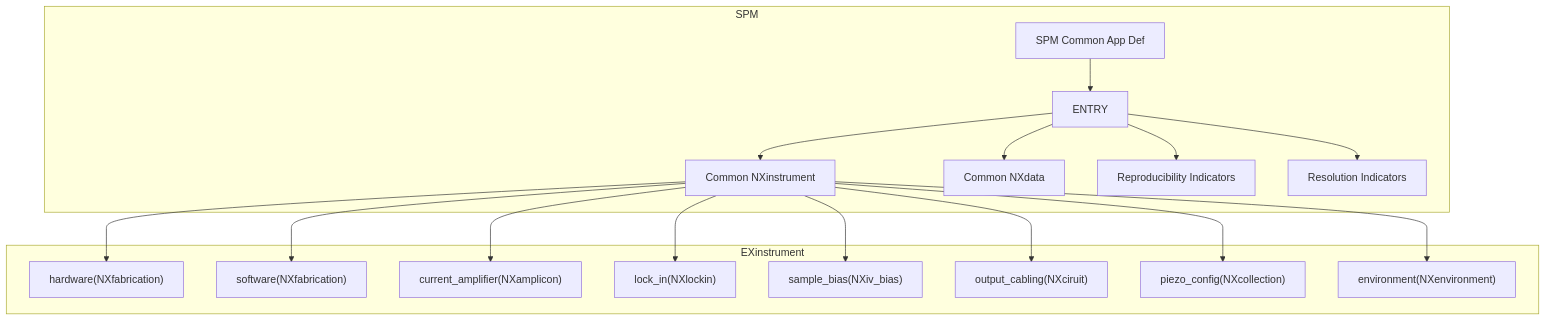
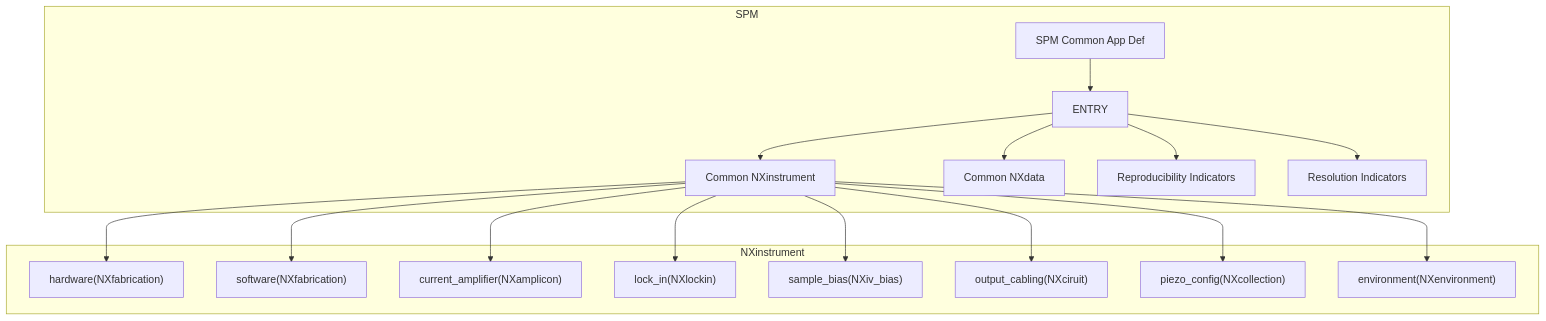
The diagram in contributed_definitions/nyaml/SPM/README.md (FAIRmat-NFDI/nexus_definitions), drawn with Mermaid before and after one commit. The commit also changed other lines of this file, not shown here.

Commit message:
graphical view.

````diff
--- a/contributed_definitions/nyaml/SPM/README.md
+++ b/contributed_definitions/nyaml/SPM/README.md
@@ -6,42 +6,42 @@
 ```mermaid
 graph TD;
   subgraph SPM
     %%hh%%
     id1["ENTRY"]
     id0["SPM Common App Def"]
     id2["Common NXinstrument"]
     id3["Common NXdata"]
     id4["Reproducibility Indicators"]
     id5["Resolution Indicators"]
 
   end
 
-  subgraph EXinstrument
+  subgraph NXinstrument
         %%NXinstrument Part%%
     id6["hardware(NXfabrication)"]
     id7["software(NXfabrication)"]
     id8["current_amplifier(NXamplicon)"]
     id9["lock_in(NXlockin)"]
     id10["sample_bias(NXiv_bias)"]
     id11["output_cabling(NXciruit)"]
     id12["piezo_config(NXcollection)"]
     id13["environment(NXenvironment)"]
   end
 
   id0 --> id1
   id1 --> id2
   id1 --> id3
   id1 --> id4
   id1 --> id5
 
   id2 --> id6
   id2 --> id7
   id2 --> id8
   id2 --> id9
   id2 --> id10
   id2 --> id11
   id2 --> id12
   id2 --> id13
 
 
 ```
````
